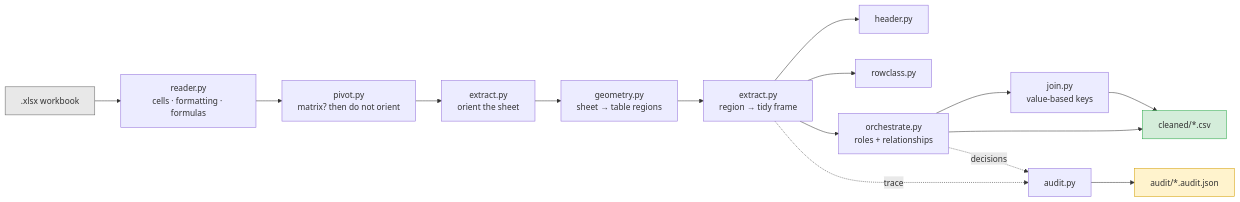
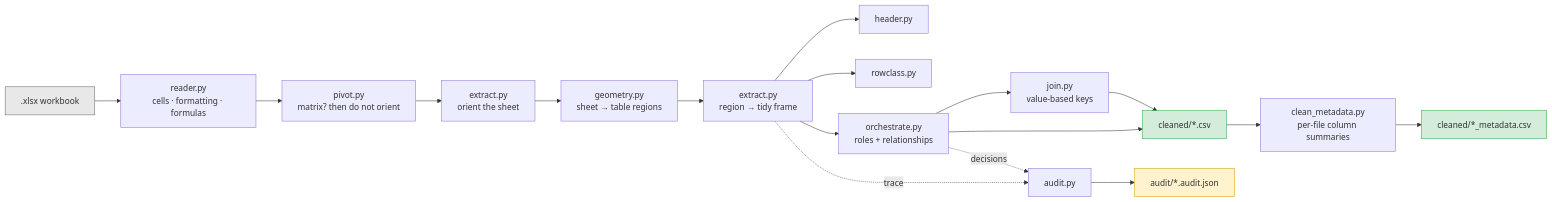
The first of 4 diagrams in ARCHITECTURE.md (rahul-neogi-exavalu/Dirty_excel_cleaner), drawn with Mermaid before and after one commit. The commit also changed other lines of this file and 2 other files, not shown here.

Commit message:
Metadata info update

````diff
--- a/ARCHITECTURE.md
+++ b/ARCHITECTURE.md
@@ -28,21 +28,24 @@
 ```mermaid
 flowchart LR
     XLSX[".xlsx workbook"] --> R["reader.py<br/>cells · formatting · formulas"]
     R --> P["pivot.py<br/>matrix? then do not orient"]
     P --> O1["extract.py<br/>orient the sheet"]
     O1 --> G["geometry.py<br/>sheet → table regions"]
     G --> E["extract.py<br/>region → tidy frame"]
     E --> H["header.py"]
     E --> RC["rowclass.py"]
     E --> ORC["orchestrate.py<br/>roles + relationships"]
     ORC --> J["join.py<br/>value-based keys"]
     ORC --> CSV["cleaned/*.csv"]
     J --> CSV
+    CSV --> META["clean_metadata.py<br/>per-file column summaries"]
+    META --> MCsv["cleaned/*_metadata.csv"]
     E -. trace .-> A["audit.py"]
     ORC -. decisions .-> A
     A --> JSON["audit/*.audit.json"]
 
     style XLSX fill:#e8e8e8,stroke:#666
     style CSV fill:#d4edda,stroke:#28a745
+    style MCsv fill:#d4edda,stroke:#28a745
     style JSON fill:#fff3cd,stroke:#d39e00
 ```
````
